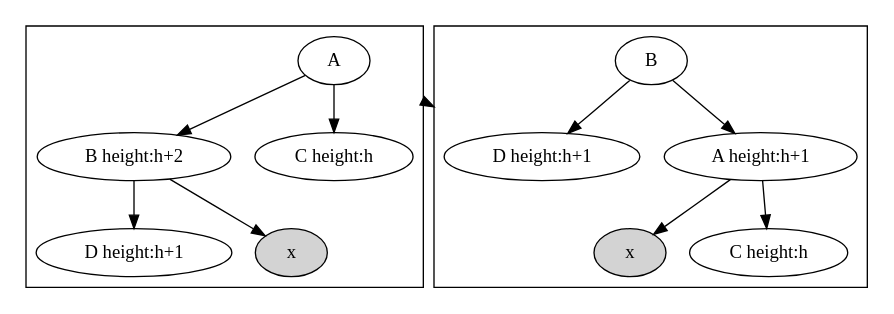
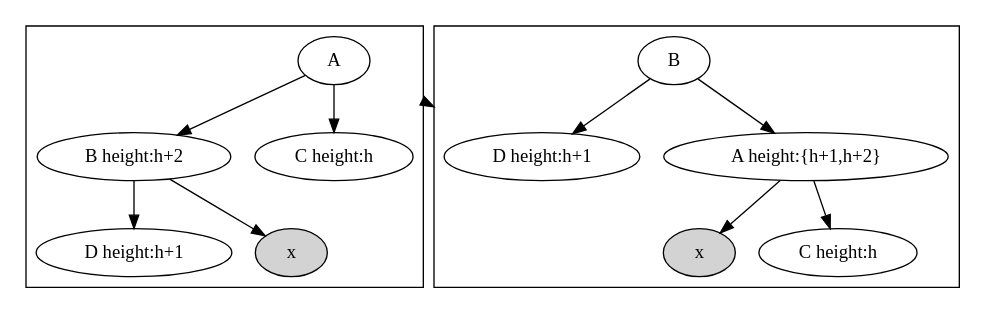
One commit to wuqingze/algorithm changed the diagram in AVLTree/imgs/l-to-r.dot. Above: the diagram before and after it, drawn with Graphviz. The commit also changed 2 other files, not shown here.

```diff
--- a/AVLTree/imgs/l-to-r.dot
+++ b/AVLTree/imgs/l-to-r.dot
@@ -1,35 +1,35 @@
 digraph G {
 
     graph [fontsize=10 fontname="Verdana" compound=true];
 
     subgraph cluster_0 {
         a1[label="A"]
         b1[label="B height:h+2"]
         c1[label="C height:h"]
         d1[label="D height:h+1"]
         x1[label="x" style=filled]
         a1->b1;
         a1->c1;
         b1->d1;
         b1->x1;
 
     }
 
     subgraph cluster_1 {
-        a2[label="A height:h+1"]
+        a2[label="A height:{h+1,h+2}"]
         b2[label="B"]
         x2[label="x" style=filled]
         c2[label="C height:h"]
         d2[label="D height:h+1"]
         a2->x2;
         a2->c2;
         b2->d2;
         b2->a2;
     }
 
     // Edges between nodes render fine
     //"Item 1" -> "Item 2";
 
     // Edges that directly connect one cluster to another
     a1 -> d2 [ltail=cluster_0 lhead=cluster_1];
 }
```
